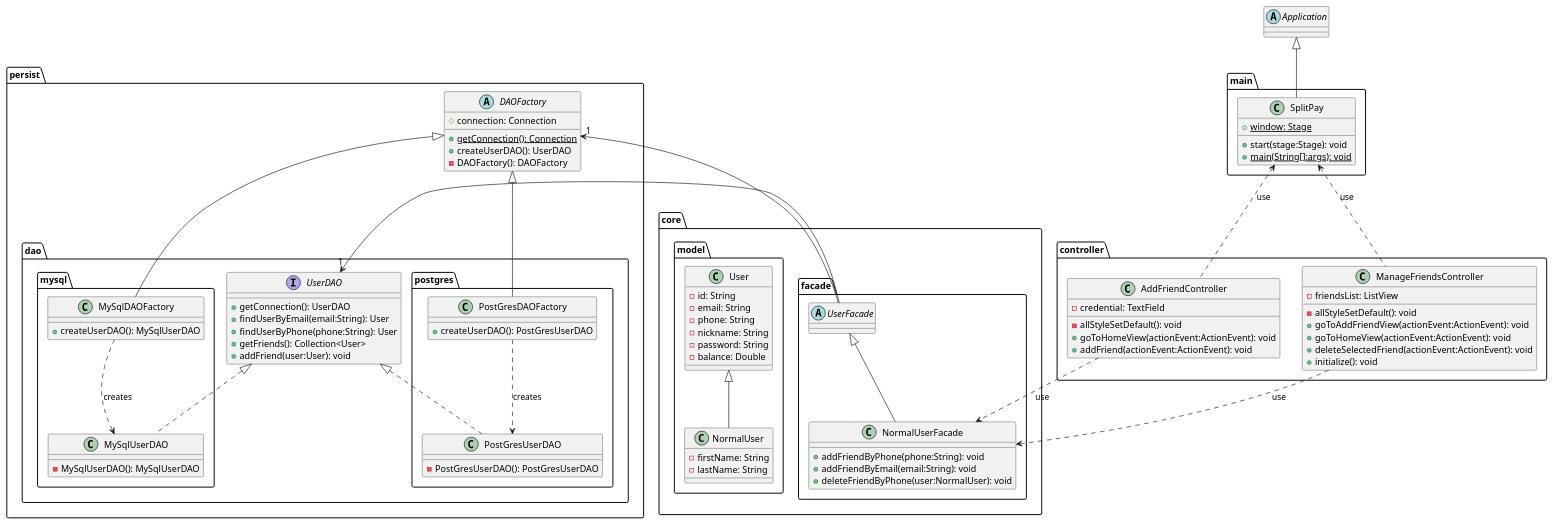
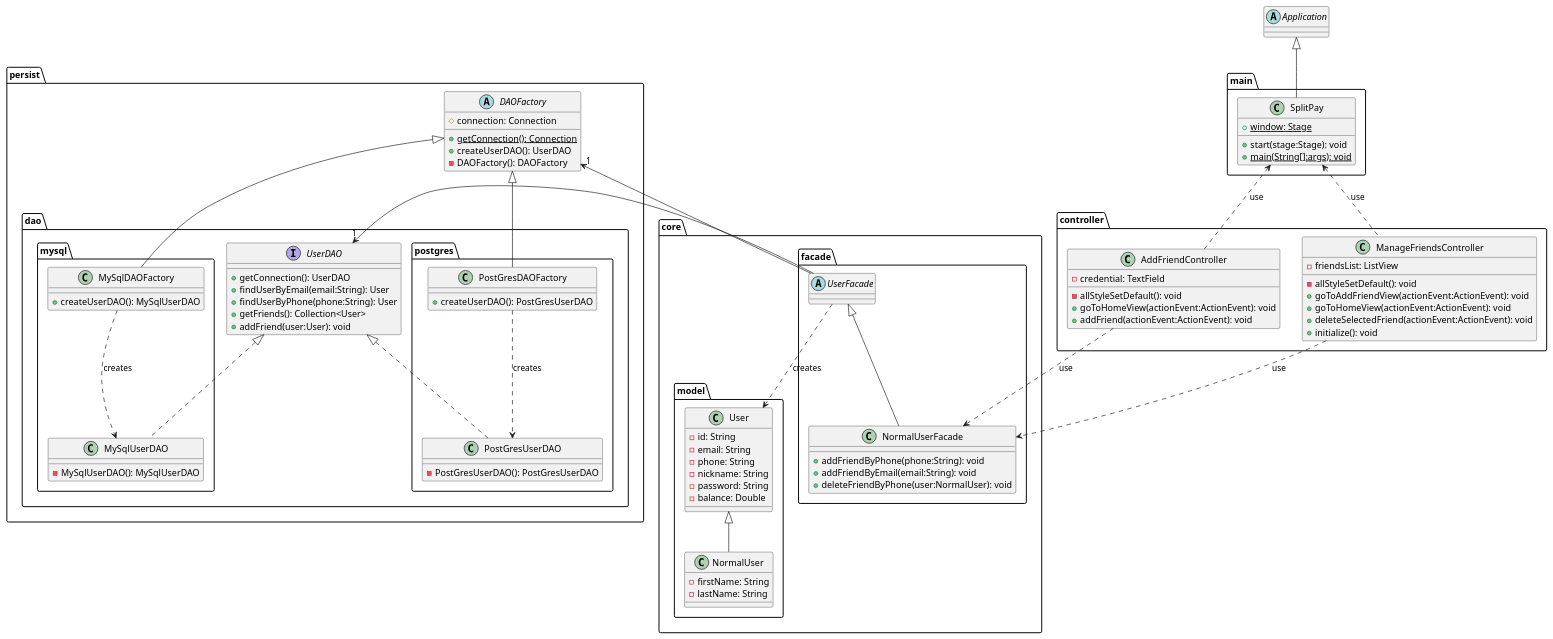
One commit to Julien-Wiegandt/SplitPay changed the diagram in documentation/software_design/manage_friends/manage_friends_class_diagram.puml. Above: the diagram before and after it, drawn with PlantUML. The commit also changed 13 other files, not shown here.

Commit message:
manage notifications diagrams added (2 scenarios in sequence diagram to do later)

```diff
--- a/documentation/software_design/manage_friends/manage_friends_class_diagram.puml
+++ b/documentation/software_design/manage_friends/manage_friends_class_diagram.puml
@@ -1,104 +1,105 @@
 @startuml
 
 package controller{
     class ManageFriendsController{
         -friendsList: ListView
         -allStyleSetDefault(): void
         +goToAddFriendView(actionEvent:ActionEvent): void
         +goToHomeView(actionEvent:ActionEvent): void
         +deleteSelectedFriend(actionEvent:ActionEvent): void
         +initialize(): void
     }
     class AddFriendController{
         -credential: TextField
         -allStyleSetDefault(): void
         +goToHomeView(actionEvent:ActionEvent): void
         +addFriend(actionEvent:ActionEvent): void
     }
 }
 
 abstract class Application
 package main{
     class SplitPay{
         {static} +window: Stage
         +start(stage:Stage): void
         {static} +main(String[]:args): void
     }
 }
 
 package core{
     package facade{
         abstract class UserFacade{
         }
         class NormalUserFacade{
             +addFriendByPhone(phone:String): void
             +addFriendByEmail(email:String): void
             +deleteFriendByPhone(user:NormalUser): void
         }
     }
     package model{
             class User{
                 -id: String
                 -email: String
                 -phone: String
                 -nickname: String
                 -password: String
                 -balance: Double
             }
             class NormalUser{
                 -firstName: String
                 -lastName: String
             }
         }
 }
 
 package persist{
     abstract class DAOFactory{
         #connection: Connection
         {static} +getConnection(): Connection
         +createUserDAO(): UserDAO
         -DAOFactory(): DAOFactory
     }
     package dao{
         package mysql{
             class MySqlUserDAO{
                 -MySqlUserDAO(): MySqlUserDAO
             }
             class MySqlDAOFactory{
                 +createUserDAO(): MySqlUserDAO
             }
         }
         interface UserDAO{
             +getConnection(): UserDAO
             +findUserByEmail(email:String): User
             +findUserByPhone(phone:String): User
             +getFriends(): Collection<User>
             +addFriend(user:User): void
         }
         package postgres{
             class PostGresUserDAO{
                 -PostGresUserDAO(): PostGresUserDAO
             }
             class PostGresDAOFactory{
                 +createUserDAO(): PostGresUserDAO
             }
         }
     }
 }
 
 ManageFriendsController .up.> SplitPay : use
 AddFriendController .up.> SplitPay : use
 ManageFriendsController ..> NormalUserFacade : use
 AddFriendController .right.> NormalUserFacade : use
+UserFacade ..> User : creates
 User <|-- NormalUser
 UserDAO <|.. MySqlUserDAO
 UserDAO <|.. PostGresUserDAO
 DAOFactory <|-down- MySqlDAOFactory
 DAOFactory <|-down- PostGresDAOFactory
 MySqlDAOFactory .down.> MySqlUserDAO : creates
 PostGresDAOFactory .down.> PostGresUserDAO : creates
 UserFacade -up> "1" DAOFactory
 UserFacade -up> "1" UserDAO
 UserFacade <|-- NormalUserFacade
 Application <|-- SplitPay
 @enduml
```
